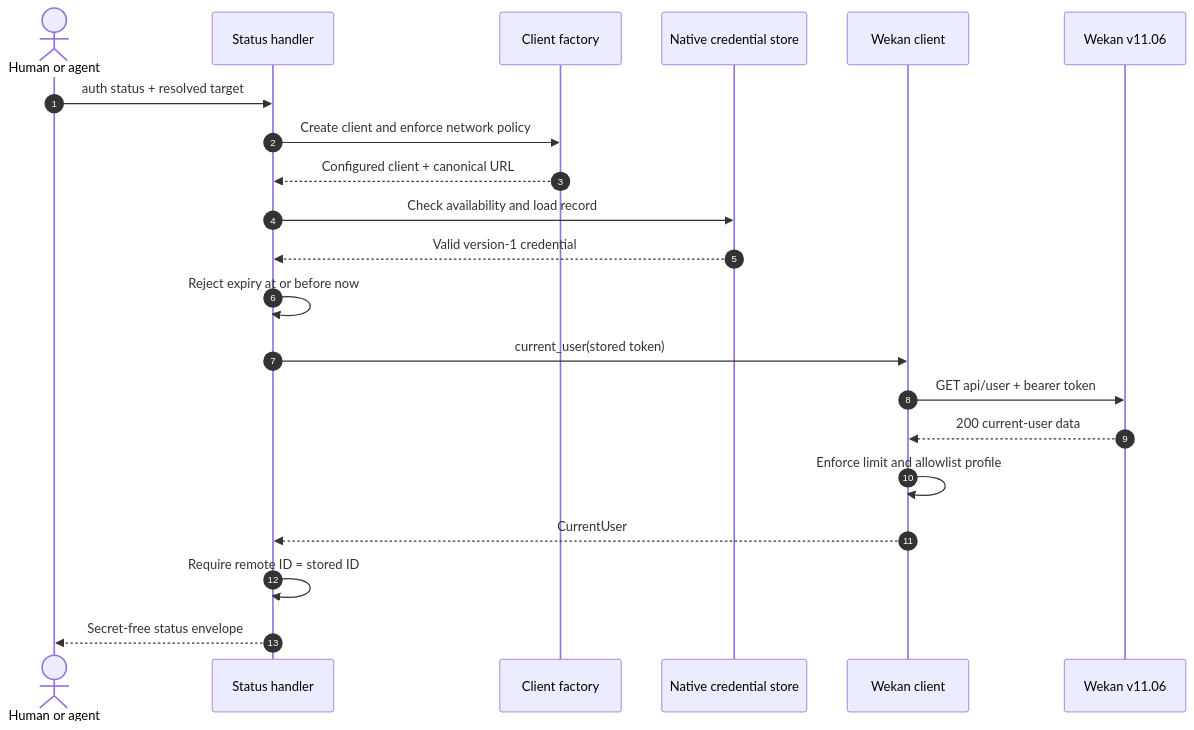
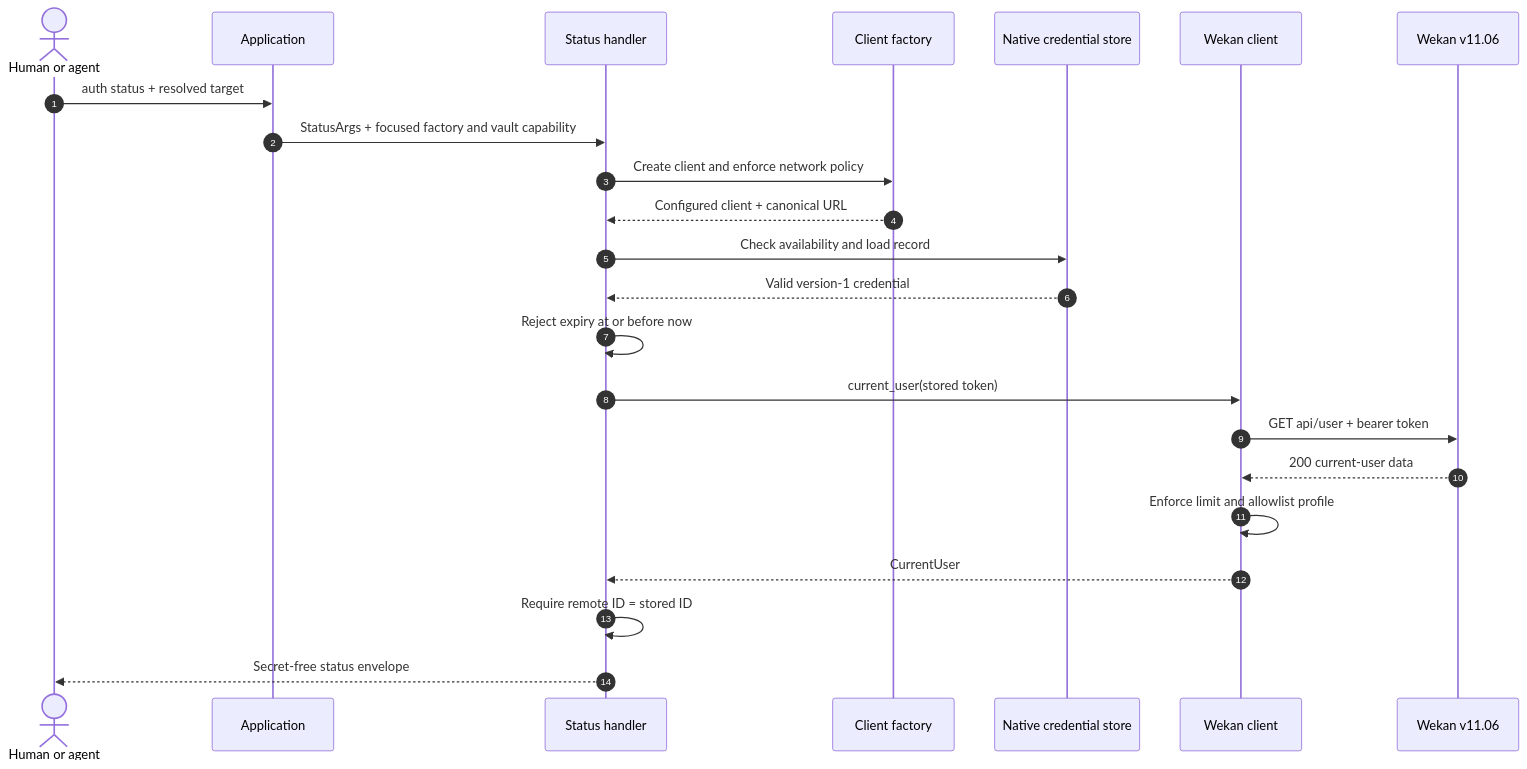
The fourth of 11 diagrams in docs/auth-architecture.md (AhmedLukman/wekan-cli), drawn with Mermaid before and after one commit. The commit also changed other lines of this file and 43 other files, not shown here.

Commit message:
feat: add user administration and harden client flows

````diff
--- a/docs/auth-architecture.md
+++ b/docs/auth-architecture.md
@@ -229,24 +234,26 @@
 ```mermaid
 sequenceDiagram
     autonumber
     actor Caller as Human or agent
+    participant App as Application
     participant Handler as Status handler
     participant Factory as Client factory
     participant Vault as Native credential store
     participant Client as Wekan client
     participant Wekan as Wekan v11.06
 
-    Caller->>Handler: auth status + resolved target
+    Caller->>App: auth status + resolved target
+    App->>Handler: StatusArgs + focused factory and vault capability
     Handler->>Factory: Create client and enforce network policy
     Factory-->>Handler: Configured client + canonical URL
     Handler->>Vault: Check availability and load record
     Vault-->>Handler: Valid version-1 credential
     Handler->>Handler: Reject expiry at or before now
     Handler->>Client: current_user(stored token)
     Client->>Wekan: GET api/user + bearer token
     Wekan-->>Client: 200 current-user data
     Client->>Client: Enforce limit and allowlist profile
     Client-->>Handler: CurrentUser
     Handler->>Handler: Require remote ID = stored ID
     Handler-->>Caller: Secret-free status envelope
 ```
````
